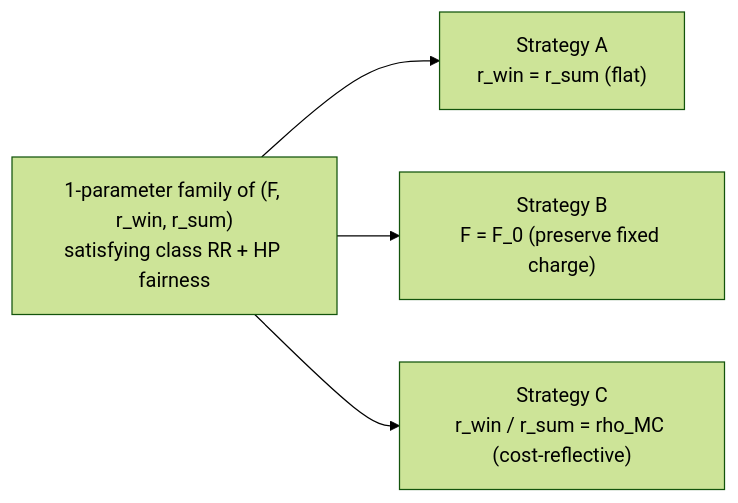
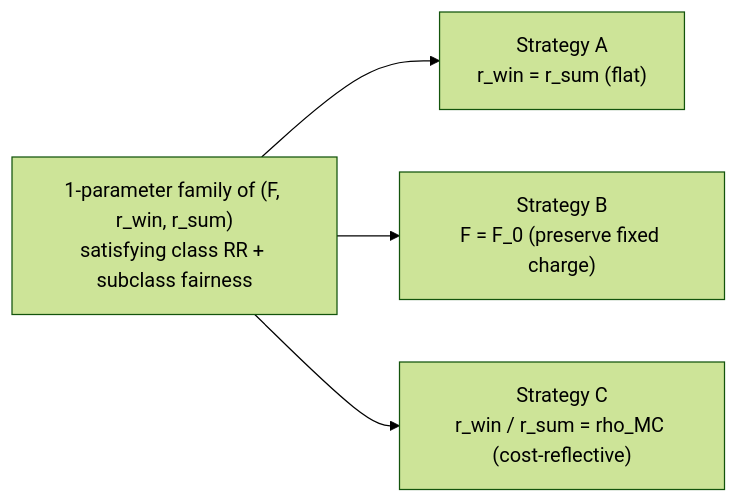
The diagram in context/methods/tou_and_rates/fair_default_rate_design.md (switchbox-data/rate-design-platform), drawn with Mermaid (forest theme) before and after one commit. The commit also changed other lines of this file, not shown here.

````diff
--- a/context/methods/tou_and_rates/fair_default_rate_design.md
+++ b/context/methods/tou_and_rates/fair_default_rate_design.md
@@ -230,10 +257,10 @@
 ```mermaid
 flowchart LR
-    line["1-parameter family of (F, r_win, r_sum)<br/>satisfying class RR + HP fairness"]
+    line["1-parameter family of (F, r_win, r_sum)<br/>satisfying class RR + subclass fairness"]
     A["Strategy A<br/>r_win = r_sum (flat)"]
     B["Strategy B<br/>F = F_0 (preserve fixed charge)"]
     C["Strategy C<br/>r_win / r_sum = rho_MC (cost-reflective)"]
     line --> A
     line --> B
     line --> C
 ```
````
